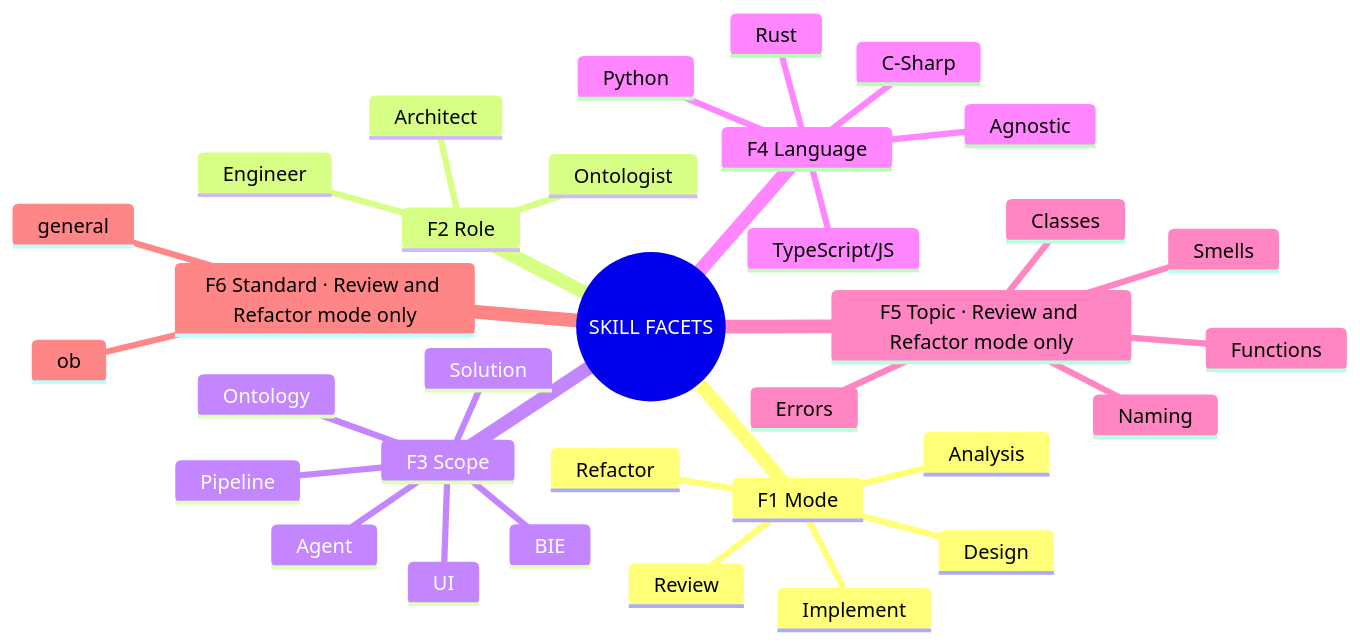
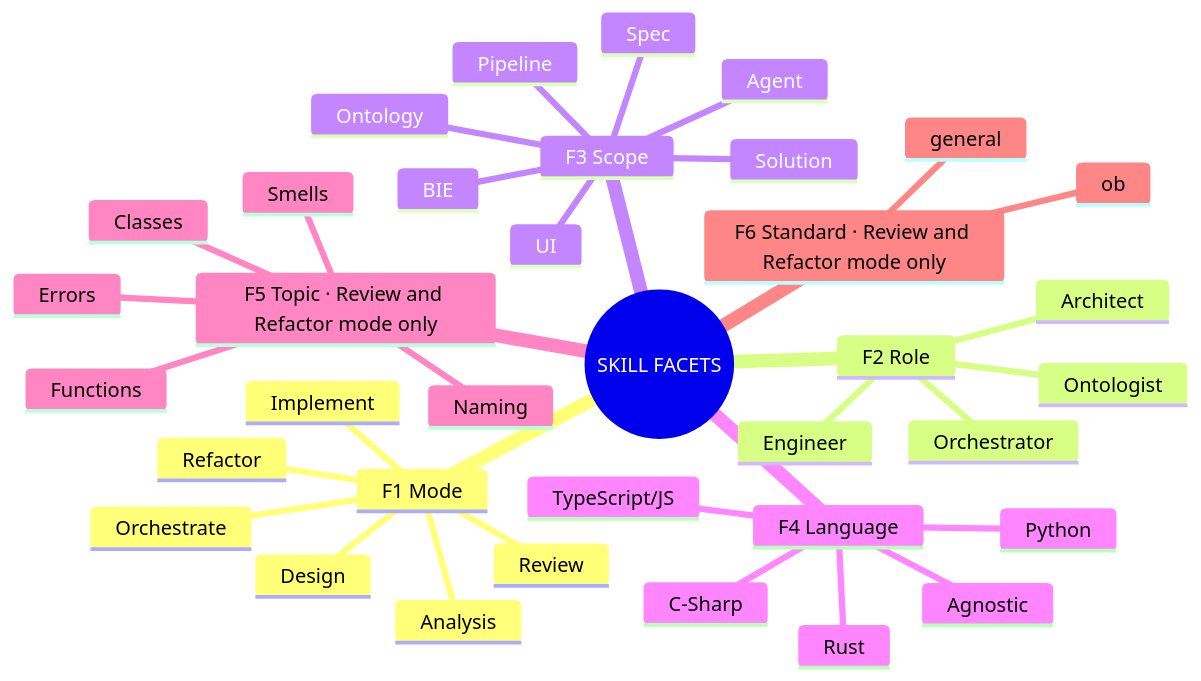
One commit to OntoLedgy/ol_ai_context_library changed the first of 3 diagrams in skills/SKILL-ARCHITECTURE.md. Above: the diagram before and after it, drawn with Mermaid. The commit also changed other lines of this file and 11 other files, not shown here.

````diff
--- a/skills/SKILL-ARCHITECTURE.md
+++ b/skills/SKILL-ARCHITECTURE.md
@@ -9,36 +9,39 @@
 ```mermaid
 mindmap
   root((SKILL FACETS))
     F1 Mode
       Design
       Implement
       Analysis
       Review
       Refactor
+      Orchestrate
     F2 Role
       Architect
       Engineer
       Ontologist
+      Orchestrator
     F3 Scope
       Solution
       Ontology
       Pipeline
       Agent
       UI
       BIE
+      Spec
     F4 Language
       Agnostic
       Python
       TypeScript/JS
       C-Sharp
       Rust
     F5 Topic · Review and Refactor mode only
       Functions
       Classes
       Naming
       Errors
       Smells
     F6 Standard · Review and Refactor mode only
       general
       ob
 ```
````
